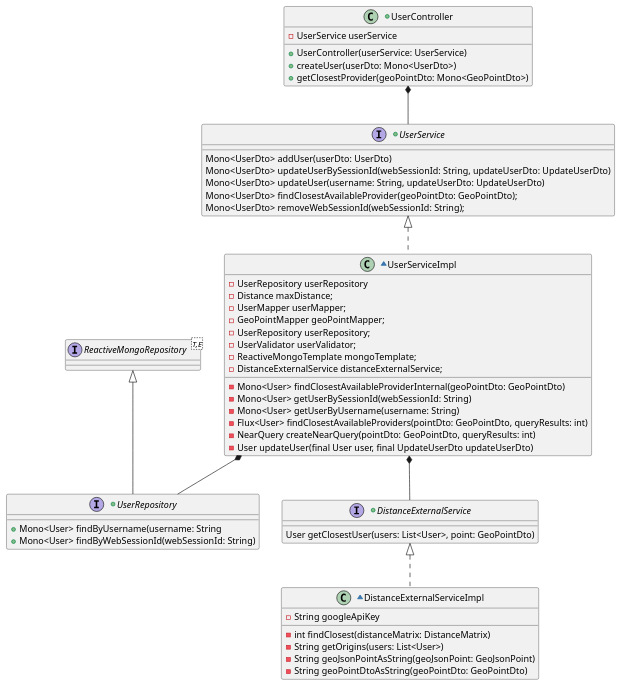
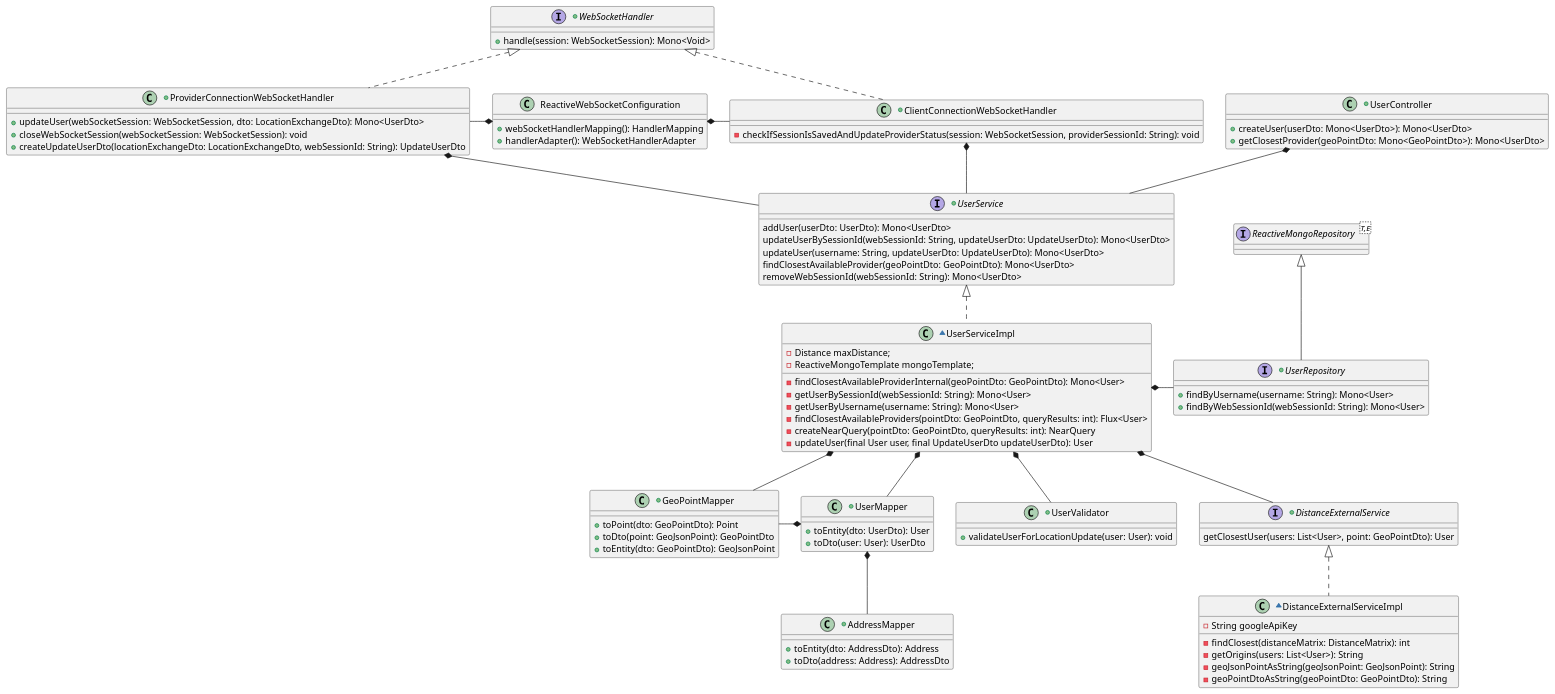
Before and after one commit to ciprian197/locexchange: the diagram in src/main/java/com/ubb/locexchange/diagrams/controllerDiagram.puml, drawn with PlantUML. The commit also changed 18 other files, not shown here.

Commit message:
Refactor and add diagrams

```diff
--- a/src/main/java/com/ubb/locexchange/diagrams/controllerDiagram.puml
+++ b/src/main/java/com/ubb/locexchange/diagrams/controllerDiagram.puml
@@ -1,66 +1,118 @@
 @startuml
 
 class UserController
 class UserServiceImpl
 class DistanceExternalServiceImpl
+class UserMapper
+class GeoPointMapper
+class UserValidator
+class ReactiveWebSocketConfiguration
+class ClientConnectionWebSocketHandler
+class ProviderConnectionWebSocketHandler
 interface "ReactiveMongoRepository<T,E>" as MongoRepository_String_User
 interface UserService
 interface UserRepository
 interface DistanceExternalService
+interface WebSocketHandler
 
 UserService <|.. UserServiceImpl
 UserController *-- UserService
-UserServiceImpl *-- UserRepository
+UserServiceImpl *-right- UserRepository
 MongoRepository_String_User <|-- UserRepository
 UserServiceImpl *-- DistanceExternalService
+UserServiceImpl *-- UserValidator
+UserServiceImpl *-- UserMapper
+UserServiceImpl *-- GeoPointMapper
+UserMapper *-left- GeoPointMapper
+UserMapper *-- AddressMapper
 DistanceExternalService <|.. DistanceExternalServiceImpl
 
+WebSocketHandler <|.down. ClientConnectionWebSocketHandler
+WebSocketHandler <|.down. ProviderConnectionWebSocketHandler
+ReactiveWebSocketConfiguration *-right- ClientConnectionWebSocketHandler
+ReactiveWebSocketConfiguration *-left- ProviderConnectionWebSocketHandler
+ClientConnectionWebSocketHandler *-- UserService
+ProviderConnectionWebSocketHandler *-- UserService
+
 +class UserController{
--UserService userService
-+UserController(userService: UserService)
-+createUser(userDto: Mono<UserDto>)
-+getClosestProvider(geoPointDto: Mono<GeoPointDto>)
++createUser(userDto: Mono<UserDto>): Mono<UserDto>
++getClosestProvider(geoPointDto: Mono<GeoPointDto>): Mono<UserDto>
 }
 
 +interface UserService{
-Mono<UserDto> addUser(userDto: UserDto)
-Mono<UserDto> updateUserBySessionId(webSessionId: String, updateUserDto: UpdateUserDto)
-Mono<UserDto> updateUser(username: String, updateUserDto: UpdateUserDto)
-Mono<UserDto> findClosestAvailableProvider(geoPointDto: GeoPointDto);
-Mono<UserDto> removeWebSessionId(webSessionId: String);
+addUser(userDto: UserDto): Mono<UserDto>
+updateUserBySessionId(webSessionId: String, updateUserDto: UpdateUserDto): Mono<UserDto>
+updateUser(username: String, updateUserDto: UpdateUserDto): Mono<UserDto>
+findClosestAvailableProvider(geoPointDto: GeoPointDto): Mono<UserDto>
+removeWebSessionId(webSessionId: String): Mono<UserDto>
 }
 
 ~class UserServiceImpl{
--UserRepository userRepository
 -Distance maxDistance;
--UserMapper userMapper;
--GeoPointMapper geoPointMapper;
--UserRepository userRepository;
--UserValidator userValidator;
 -ReactiveMongoTemplate mongoTemplate;
--DistanceExternalService distanceExternalService;
--Mono<User> findClosestAvailableProviderInternal(geoPointDto: GeoPointDto)
--Mono<User> getUserBySessionId(webSessionId: String)
--Mono<User> getUserByUsername(username: String)
--Flux<User> findClosestAvailableProviders(pointDto: GeoPointDto, queryResults: int)
--NearQuery createNearQuery(pointDto: GeoPointDto, queryResults: int)
--User updateUser(final User user, final UpdateUserDto updateUserDto)
+-findClosestAvailableProviderInternal(geoPointDto: GeoPointDto): Mono<User>
+-getUserBySessionId(webSessionId: String): Mono<User>
+-getUserByUsername(username: String): Mono<User>
+-findClosestAvailableProviders(pointDto: GeoPointDto, queryResults: int): Flux<User>
+-createNearQuery(pointDto: GeoPointDto, queryResults: int): NearQuery
+-updateUser(final User user, final UpdateUserDto updateUserDto): User
 }
 
 +interface UserRepository{
-+Mono<User> findByUsername(username: String
-+Mono<User> findByWebSessionId(webSessionId: String)
++findByUsername(username: String): Mono<User>
++findByWebSessionId(webSessionId: String): Mono<User>
 }
 
 +interface DistanceExternalService{
-User getClosestUser(users: List<User>, point: GeoPointDto)
+getClosestUser(users: List<User>, point: GeoPointDto): User
 }
 
 ~class DistanceExternalServiceImpl{
 -String googleApiKey
--int findClosest(distanceMatrix: DistanceMatrix)
--String getOrigins(users: List<User>)
--String geoJsonPointAsString(geoJsonPoint: GeoJsonPoint)
--String geoPointDtoAsString(geoPointDto: GeoPointDto)
+-findClosest(distanceMatrix: DistanceMatrix): int
+-getOrigins(users: List<User>): String
+-geoJsonPointAsString(geoJsonPoint: GeoJsonPoint): String
+-geoPointDtoAsString(geoPointDto: GeoPointDto): String
 }
+
++class UserValidator{
++validateUserForLocationUpdate(user: User): void
+}
+
++class UserMapper{
++toEntity(dto: UserDto): User
++toDto(user: User): UserDto
+}
+
++class GeoPointMapper{
++toPoint(dto: GeoPointDto): Point
++toDto(point: GeoJsonPoint): GeoPointDto
++toEntity(dto: GeoPointDto): GeoJsonPoint
+}
+
++class AddressMapper{
++toEntity(dto: AddressDto): Address
++toDto(address: Address): AddressDto
+}
+
+
++interface WebSocketHandler{
++handle(session: WebSocketSession): Mono<Void>
+}
+
++class ClientConnectionWebSocketHandler{
+-checkIfSessionIsSavedAndUpdateProviderStatus(session: WebSocketSession, providerSessionId: String): void
+}
+
++class ProviderConnectionWebSocketHandler{
++updateUser(webSocketSession: WebSocketSession, dto: LocationExchangeDto): Mono<UserDto>
++closeWebSocketSession(webSocketSession: WebSocketSession): void
++createUpdateUserDto(locationExchangeDto: LocationExchangeDto, webSessionId: String): UpdateUserDto
+}
+
+class ReactiveWebSocketConfiguration{
++webSocketHandlerMapping(): HandlerMapping
++handlerAdapter(): WebSocketHandlerAdapter
+}
+
 @enduml
```
